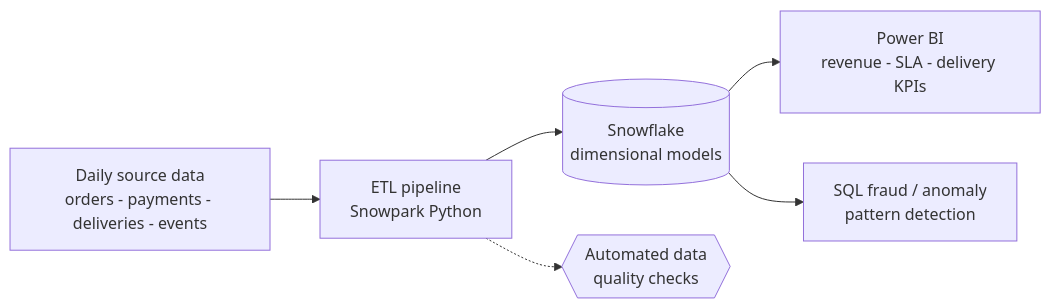
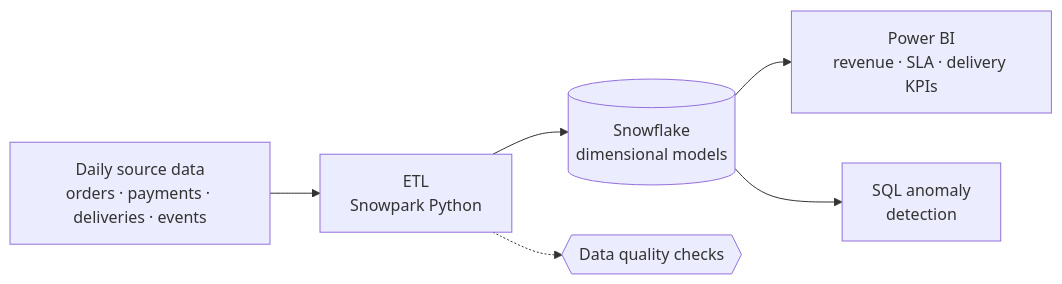
Before and after one commit to Shivam24012001/Shivam24012001: the second of 3 diagrams in README.md, drawn with Mermaid. The commit also changed other lines of this file, not shown here.

````diff
--- a/README.md
+++ b/README.md
@@ -221,8 +102,8 @@
 ```mermaid
 flowchart LR
-    A[Daily source data<br/>orders - payments - deliveries - events] --> B[ETL pipeline<br/>Snowpark Python]
+    A[Daily source data<br/>orders · payments · deliveries · events] --> B[ETL<br/>Snowpark Python]
     B --> C[(Snowflake<br/>dimensional models)]
-    B -.-> Q{{Automated data<br/>quality checks}}
-    C --> D[Power BI<br/>revenue - SLA - delivery KPIs]
-    C --> E[SQL fraud / anomaly<br/>pattern detection]
+    B -.-> Q{{Data quality checks}}
+    C --> D[Power BI<br/>revenue · SLA · delivery KPIs]
+    C --> E[SQL anomaly<br/>detection]
 ```
````
